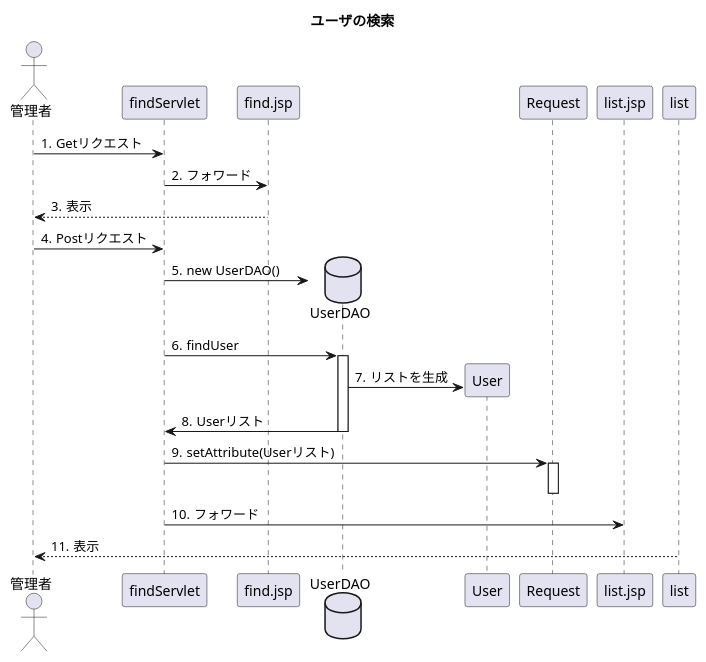
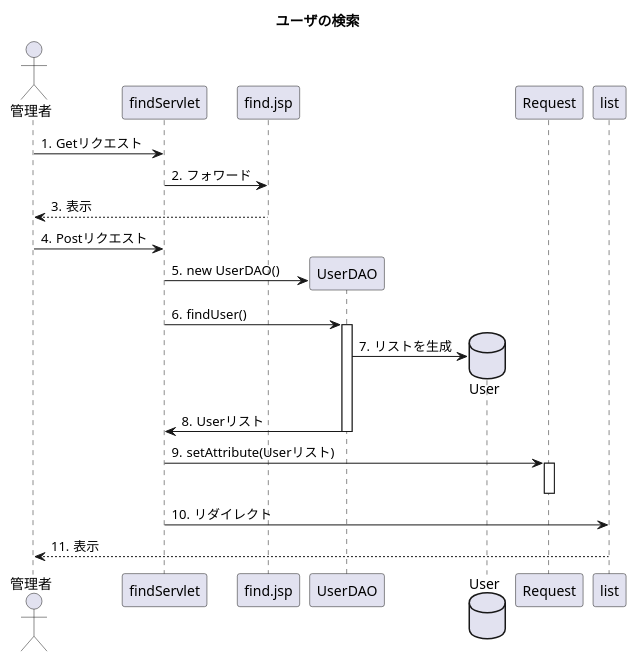
The diagram in uml_detail/seq_find.pu (toufu66/ProjectC), drawn with PlantUML before and after one commit.

Commit message:
詳細シーケンス ユーザ検索

```diff
--- a/uml_detail/seq_find.pu
+++ b/uml_detail/seq_find.pu
@@ -1,28 +1,29 @@
 @startuml
 title ユーザの検索
 
 autonumber "#."
 
 actor 管理者
 participant findServlet
 participant find.jsp
 
-database UserDAO
-participant User
+participant UserDAO
+database User
 
 
 管理者 -> findServlet:Getリクエスト
 findServlet -> find.jsp:フォワード
 find.jsp --> 管理者:表示
 管理者 -> findServlet:Postリクエスト
 findServlet -> UserDAO**:new UserDAO()
-findServlet -> UserDAO++:findUser
+findServlet -> UserDAO++:findUser()
 UserDAO -> User**:リストを生成
 UserDAO -> findServlet--:Userリスト
 findServlet -> Request++:setAttribute(Userリスト)
+
 Request--
-findServlet -> list.jsp:フォワード
+findServlet -> list:リダイレクト
 list --> 管理者:表示
 
 
 @enduml
```
